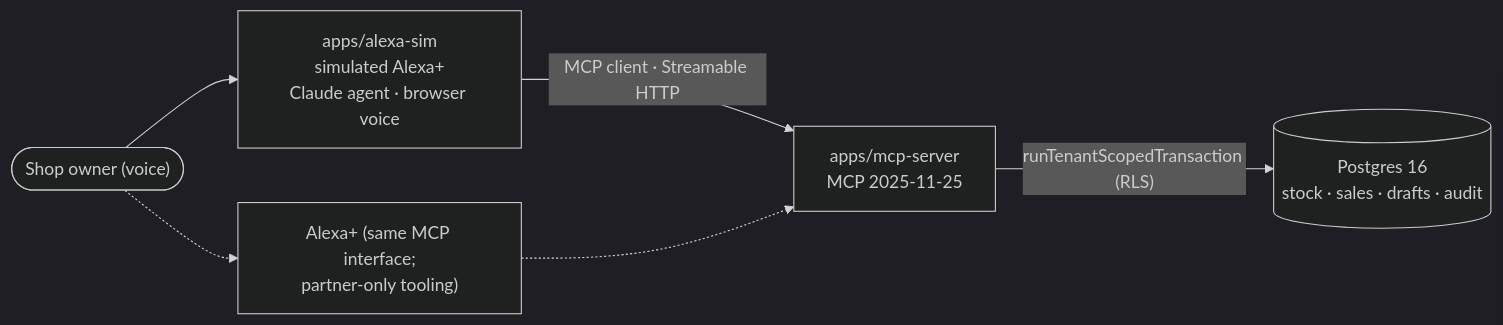
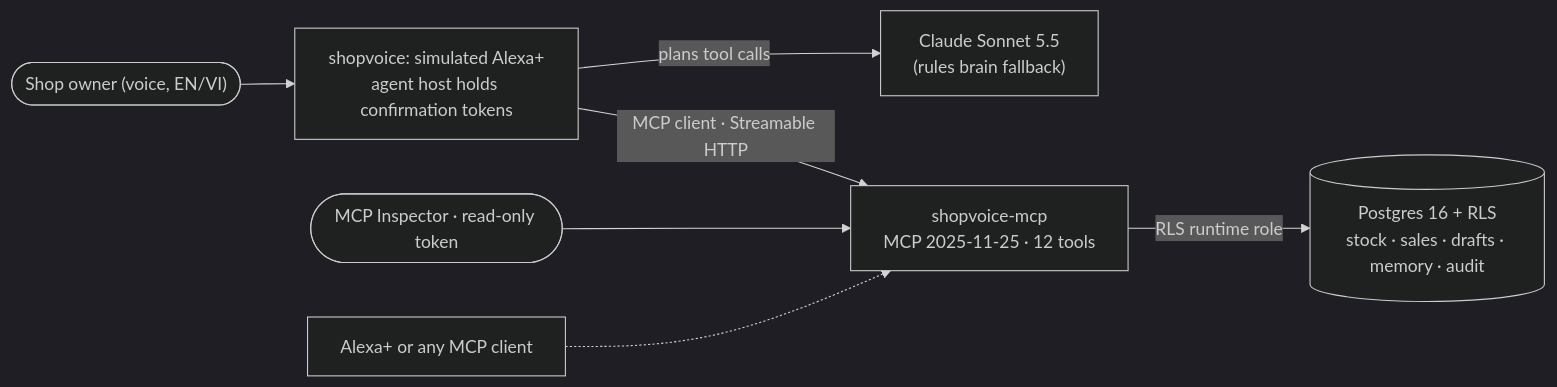
The diagram in README.md (vansyson1308/groceryclaw), drawn with Mermaid (dark theme) before and after one commit. The commit also changed other lines of this file, not shown here.

First line of the commit message:
docs(readme): ShopVoice in 60 seconds, before/after table, live-path diagram

````diff
--- a/README.md
+++ b/README.md
@@ -34,8 +53,9 @@
 ```mermaid
 flowchart LR
-  owner(["Shop owner (voice)"]) --> sim["apps/alexa-sim<br/>simulated Alexa+<br/>Claude agent · browser voice"]
-  owner -.-> alexa["Alexa+ (same MCP interface;<br/>partner-only tooling)"]
-  sim -- "MCP client · Streamable HTTP" --> mcp["apps/mcp-server<br/>MCP 2025-11-25"]
-  alexa -.-> mcp
-  mcp -- "runTenantScopedTransaction (RLS)" --> pg[("Postgres 16<br/>stock · sales · drafts · audit")]
+  owner(["Shop owner (voice, EN/VI)"]) --> sim["shopvoice: simulated Alexa+<br/>agent host holds confirmation tokens"]
+  sim -- "plans tool calls" --> claude["Claude Sonnet 5.5<br/>(rules brain fallback)"]
+  sim -- "MCP client · Streamable HTTP" --> mcp["shopvoice-mcp<br/>MCP 2025-11-25 · 12 tools"]
+  judge(["MCP Inspector · read-only token"]) --> mcp
+  alexa["Alexa+ or any MCP client"] -.-> mcp
+  mcp -- "RLS runtime role" --> pg[("Postgres 16 + RLS<br/>stock · sales · drafts · memory · audit")]
 ```
````
